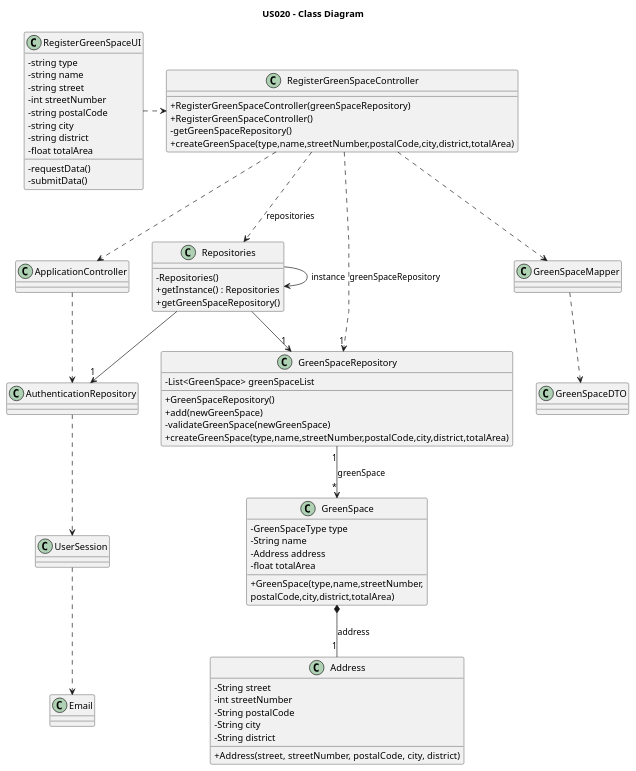
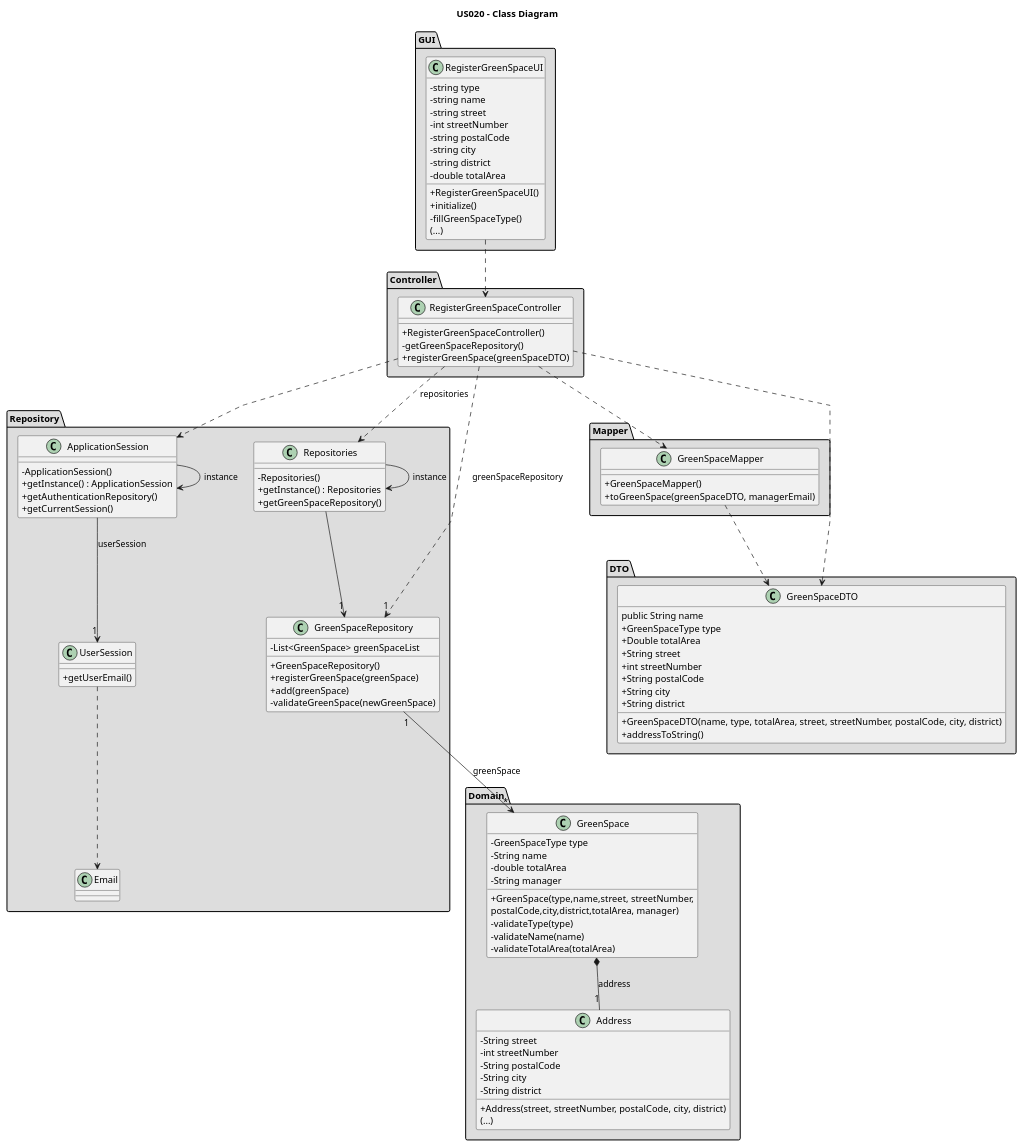
Before and after one commit to Rui-San/LAPR2_2023_2024: the diagram in docs/sprintC/us020/03.design/puml/us020-class-diagram.puml, drawn with PlantUML. The commit also changed 7 other files, not shown here.

Commit message:
US20: Updated Class Diagram with new methods and Folders + Fixed System Sequence Diagram with validation

```diff
--- a/docs/sprintC/us020/03.design/puml/us020-class-diagram.puml
+++ b/docs/sprintC/us020/03.design/puml/us020-class-diagram.puml
@@ -1,103 +1,146 @@
 @startuml
 'skinparam monochrome true
 skinparam packageStyle rectangle
 skinparam shadowing false
 skinparam linetype polyline
 'skinparam linetype orto
 
 skinparam classAttributeIconSize 0
 title US020 - Class Diagram
 
-class GreenSpace {
-    - GreenSpaceType type
-    - String name
-    - Address address
-    - float totalArea
-    + GreenSpace(type,name,streetNumber,\npostalCode,city,district,totalArea)
-}
-
-class GreenSpaceRepository{
-    - List<GreenSpace> greenSpaceList
-
-    + GreenSpaceRepository()
-    + add(newGreenSpace)
-    - validateGreenSpace(newGreenSpace)
-    + createGreenSpace(type,name,streetNumber,postalCode,city,district,totalArea)
-}
-
-class Repositories {
-    - Repositories()
-    + getInstance() : Repositories
-    + getGreenSpaceRepository()
-}
-
-class RegisterGreenSpaceController {
-
-    + RegisterGreenSpaceController(greenSpaceRepository)
-    + RegisterGreenSpaceController()
-    - getGreenSpaceRepository()
-    + createGreenSpace(type,name,streetNumber,postalCode,city,district,totalArea)
-}
+package GUI <<Folder>> #DDDDDD {
 
 class RegisterGreenSpaceUI {
     - string type
     - string name
     - string street
     - int streetNumber
     - string postalCode
     - string city
     - string district
-    - float totalArea
-    - requestData()
-    - submitData()
+    - double totalArea
+    +RegisterGreenSpaceUI()
+    +initialize()
+    -fillGreenSpaceType()
+    (...)
 }
+}
+
+package Controller <<Folder>> #DDDDDD {
+class RegisterGreenSpaceController {
+
+    + RegisterGreenSpaceController()
+    - getGreenSpaceRepository()
+    + registerGreenSpace(greenSpaceDTO)
+    }
+}
+
+package Repository <<Folder>> #DDDDDD {
+class GreenSpaceRepository{
+    - List<GreenSpace> greenSpaceList
+
+    + GreenSpaceRepository()
+    + registerGreenSpace(greenSpace)
+    + add(greenSpace)
+    - validateGreenSpace(newGreenSpace)
+}
+
+class Repositories {
+    - Repositories()
+    + getInstance() : Repositories
+    + getGreenSpaceRepository()
+}
+
+class ApplicationSession{
+    - ApplicationSession()
+    + getInstance() : ApplicationSession
+    + getAuthenticationRepository()
+    + getCurrentSession()
+
+}
+
+class UserSession{
+    + getUserEmail()
+
+}
+
+class Email{
+
+}
+
+}
+
+
+package Domain <<Folder>> #DDDDDD {
+class GreenSpace {
+    - GreenSpaceType type
+    - String name
+    - double totalArea
+    - String manager
+    + GreenSpace(type,name,street, streetNumber,\npostalCode,city,district,totalArea, manager)
+    - validateType(type)
+    - validateName(name)
+    - validateTotalArea(totalArea)
+}
+
+
+
+
+
+
 
 class Address{
     - String street
     - int streetNumber
     - String postalCode
     - String city
     - String district
     + Address(street, streetNumber, postalCode, city, district)
+    (...)
+}
 }
 
-class ApplicationController{
+
+package Mapper <<Folder>> #DDDDDD {
+class GreenSpaceMapper{
+    + GreenSpaceMapper()
+    + toGreenSpace(greenSpaceDTO, managerEmail)
 
 }
-
-class UserSession{
-
 }
 
-class Email{
-
+package DTO <<Folder>> #DDDDDD {
+class GreenSpaceDTO{
+public String name
+    + GreenSpaceType type
+    + Double totalArea
+    + String street
+    + int streetNumber
+    + String postalCode
+    + String city
+    + String district
+    + GreenSpaceDTO(name, type, totalArea, street, streetNumber, postalCode, city, district)
+    + addressToString()
+}
 }
 
-class GreenSpaceMapper{
 
-}
 
-class GreenSpaceDTO{
-
-}
-
-class AuthenticationRepository{
-
-}
-
-RegisterGreenSpaceUI .right.> RegisterGreenSpaceController
+RegisterGreenSpaceUI .down.> RegisterGreenSpaceController
 RegisterGreenSpaceController ..> "1" GreenSpaceRepository : greenSpaceRepository
 GreenSpaceRepository "1"-down-> "*" GreenSpace : greenSpace
 GreenSpace *--"1" Address : address
 RegisterGreenSpaceController ..> Repositories : repositories
 Repositories --> "1" GreenSpaceRepository
 Repositories -> Repositories : instance
-Repositories --> "1" AuthenticationRepository
-RegisterGreenSpaceController ..> ApplicationController
-ApplicationController ..> AuthenticationRepository
-AuthenticationRepository ..> UserSession
+
+RegisterGreenSpaceController ..> ApplicationSession
+
+ApplicationSession -> ApplicationSession : instance
+ApplicationSession --> "1" UserSession : userSession
 UserSession ..> Email
 RegisterGreenSpaceController ..> GreenSpaceMapper
 GreenSpaceMapper ..> GreenSpaceDTO
+RegisterGreenSpaceController ..> GreenSpaceDTO
 
 @enduml
```
